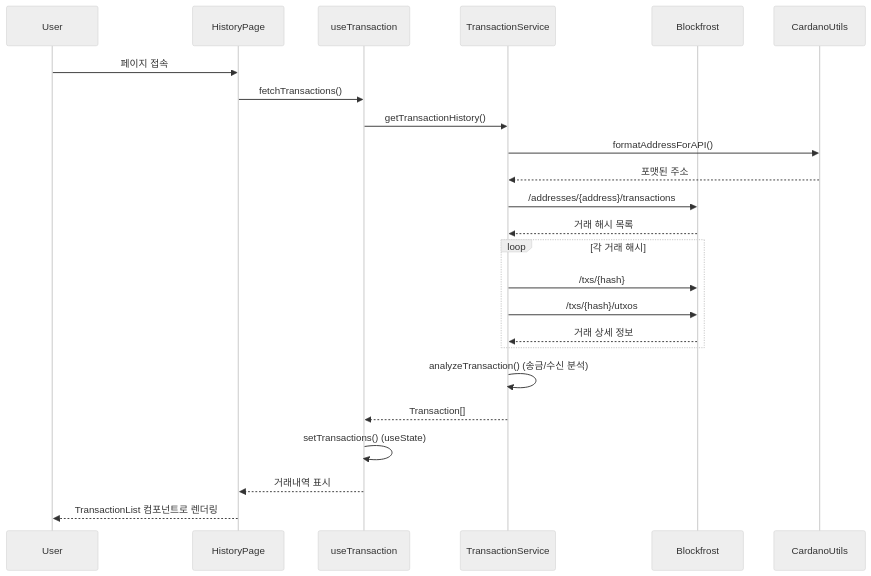
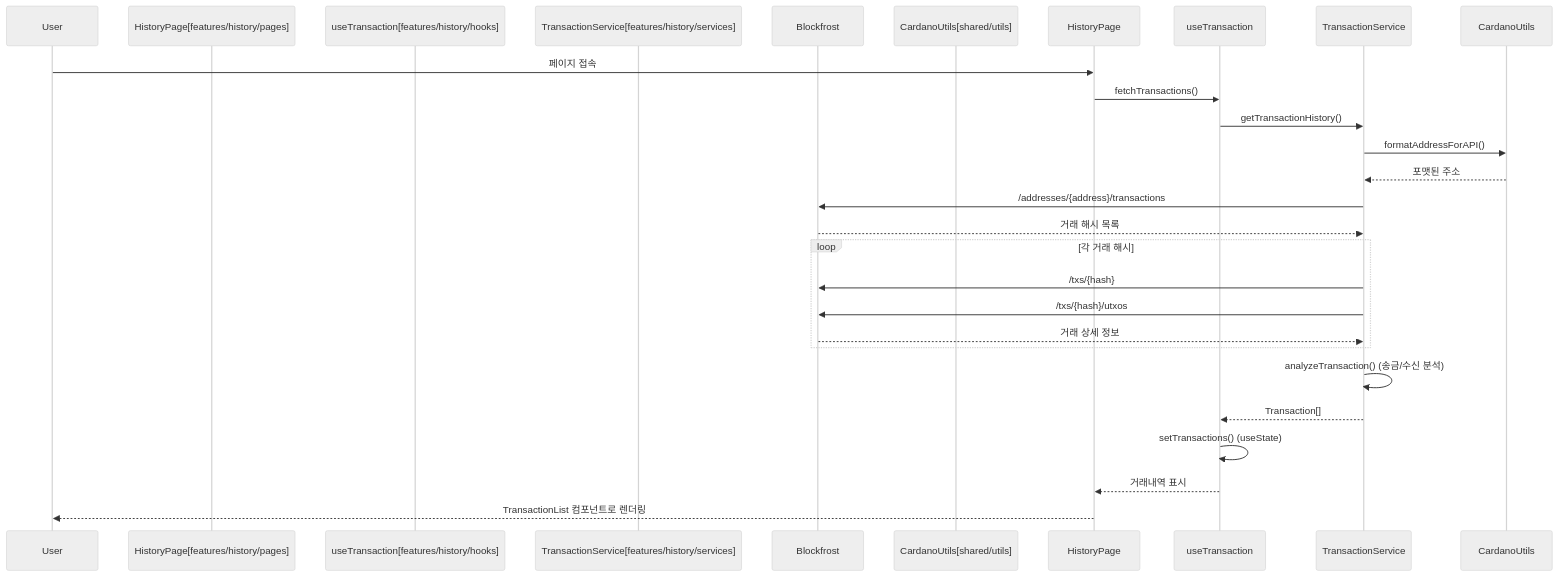
The first of 7 diagrams in docs/transaction-sequence.md (HyeonHo-Park/cardano-basic-dapp-1), drawn with Mermaid (neutral theme) before and after one commit. The commit also changed other lines of this file and 6 other files, not shown here.

````diff
--- a/docs/transaction-sequence.md
+++ b/docs/transaction-sequence.md
@@ -5,31 +5,31 @@
 ```mermaid
 sequenceDiagram
     participant User
-    participant HistoryPage
-    participant useTransaction
-    participant TransactionService
+    participant HistoryPage[features/history/pages]
+    participant useTransaction[features/history/hooks]
+    participant TransactionService[features/history/services]
     participant Blockfrost
-    participant CardanoUtils
+    participant CardanoUtils[shared/utils]
 
     User->>HistoryPage: 페이지 접속
     HistoryPage->>useTransaction: fetchTransactions()
     useTransaction->>TransactionService: getTransactionHistory()
 
     TransactionService->>CardanoUtils: formatAddressForAPI()
     CardanoUtils-->>TransactionService: 포맷된 주소
 
     TransactionService->>Blockfrost: /addresses/{address}/transactions
     Blockfrost-->>TransactionService: 거래 해시 목록
 
     loop 각 거래 해시
         TransactionService->>Blockfrost: /txs/{hash}
         TransactionService->>Blockfrost: /txs/{hash}/utxos
         Blockfrost-->>TransactionService: 거래 상세 정보
     end
 
     TransactionService->>TransactionService: analyzeTransaction() (송금/수신 분석)
     TransactionService-->>useTransaction: Transaction[]
     useTransaction->>useTransaction: setTransactions() (useState)
     useTransaction-->>HistoryPage: 거래내역 표시
     HistoryPage-->>User: TransactionList 컴포넌트로 렌더링
 ```
````
